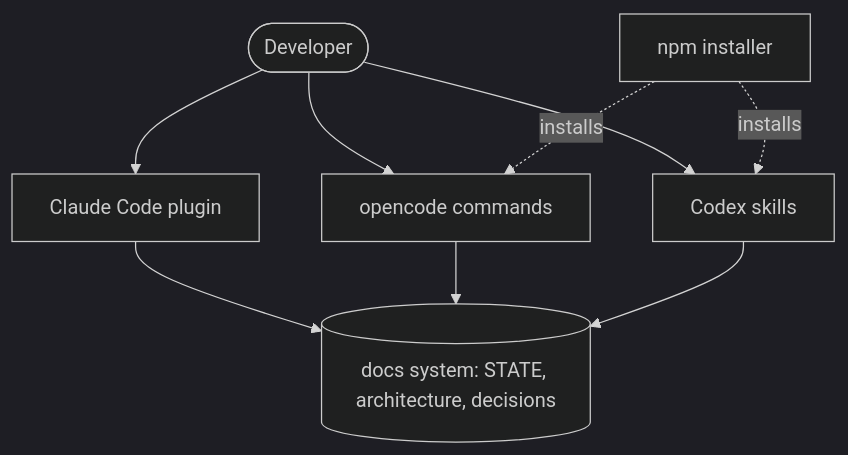
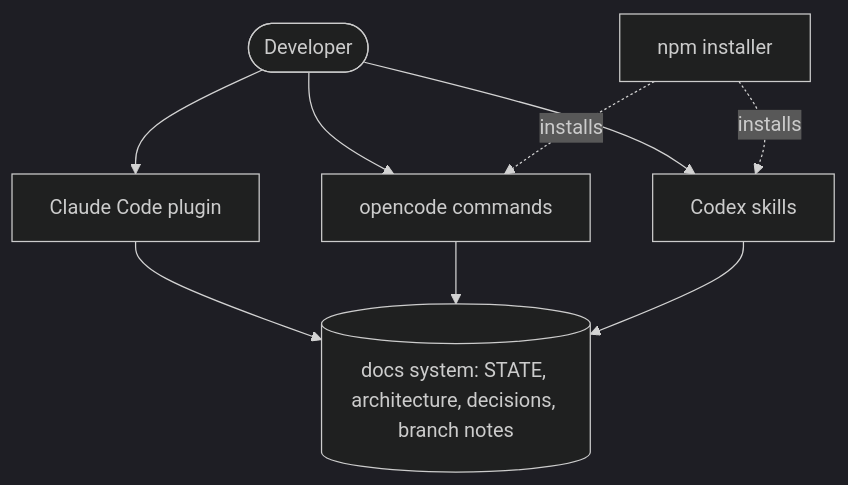
Before and after one commit to Chaitanya299/Orient: the diagram in docs/STATE.md, drawn with Mermaid (dark theme). The commit also changed other lines of this file and 22 other files, not shown here.

First line of the commit message:
0.1.11: branch notes end STATE.md and architecture.md merge conflicts (ADR-0021)

````diff
--- a/docs/STATE.md
+++ b/docs/STATE.md
@@ -11,11 +7,11 @@
 ```mermaid
 flowchart TD
   dev([Developer]) --> cc[Claude Code plugin]
   dev --> oc[opencode commands]
   dev --> cx[Codex skills]
-  cc --> docs[(docs system: STATE, architecture, decisions)]
+  cc --> docs[(docs system: STATE, architecture, decisions, branch notes)]
   oc --> docs
   cx --> docs
   npm[npm installer] -.->|installs| oc
   npm -.->|installs| cx
 ```
````
